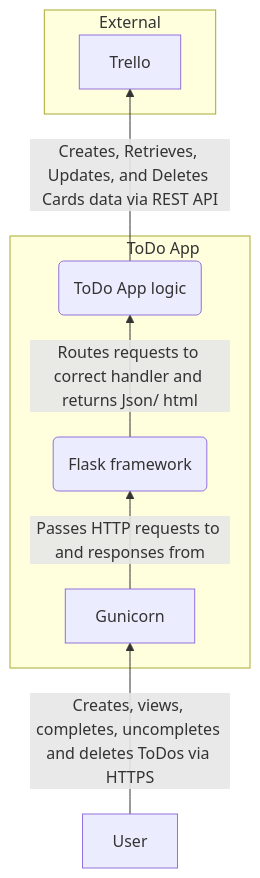
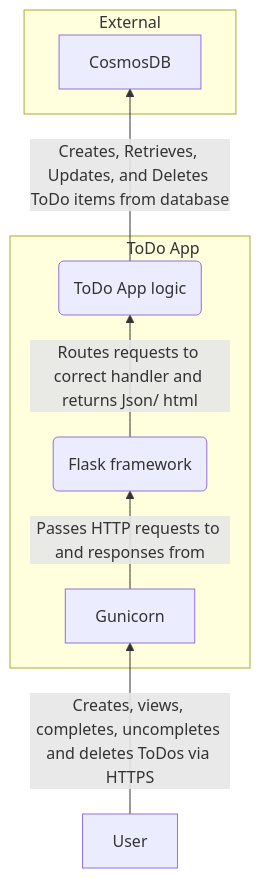
One commit to Travis-Softwire/DevOps-Course-Starter changed the diagram in architecture/container.mmd. Above: the diagram before and after it, drawn with Mermaid. The commit also changed 32 other files, not shown here.

```diff
--- a/architecture/container.mmd
+++ b/architecture/container.mmd
@@ -1,13 +1,13 @@
 flowchart BT
     User -->|Creates, views, completes, uncompletes and deletes ToDos via HTTPS| Gunicorn
     Gunicorn -->|Passes HTTP requests to and responses from| Flask(Flask framework)
     Flask -->|Routes requests to correct handler and returns Json/ html| ToDoApp(ToDo App logic)
-    ToDoApp -->|Creates, Retrieves, Updates, and Deletes Cards data via REST API| Trello
+    ToDoApp -->|Creates, Retrieves, Updates, and Deletes ToDo items from database| CosmosDB
     subgraph App [&nbsp&nbsp&nbsp&nbsp&nbsp&nbsp&nbsp&nbsp&nbsp&nbsp&nbsp&nbsp&nbsp&nbsp&nbsp&nbspToDo App]
         Gunicorn
         Flask
         ToDoApp
     end
     subgraph External
-        Trello
+        CosmosDB
     end
```
